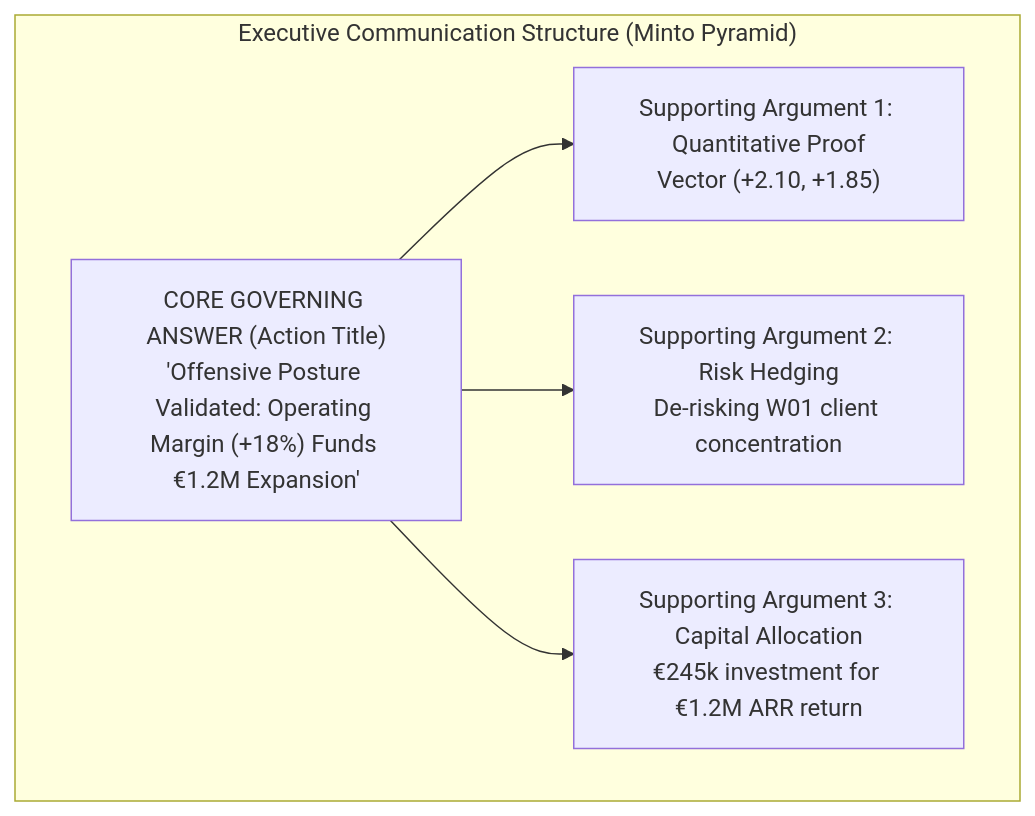
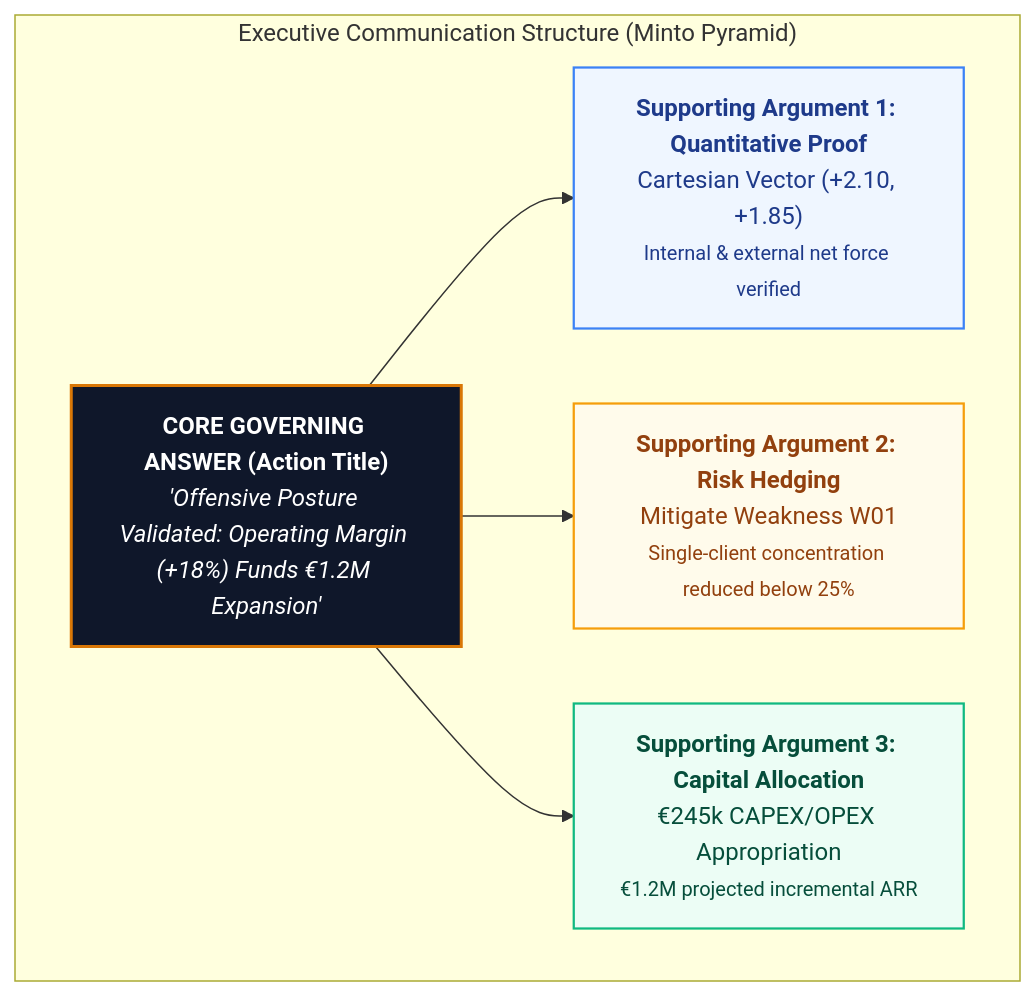
The fourth of 4 diagrams in content/en/posts/quantitative-swot-tows-matrix/index.md (Dalaez/datalaria-website), drawn with Mermaid before and after one commit. The commit also changed other lines of this file and 32 other files, not shown here.

````diff
--- a/content/en/posts/quantitative-swot-tows-matrix/index.md
+++ b/content/en/posts/quantitative-swot-tows-matrix/index.md
@@ -321,12 +366,17 @@
-```mermaid
+{{< mermaid >}}
 flowchart TD
     subgraph MINTO["Executive Communication Structure (Minto Pyramid)"]
-        R["CORE GOVERNING ANSWER (Action Title)<br/>'Offensive Posture Validated: Operating Margin (+18%) Funds €1.2M Expansion'"]
-        A1["Supporting Argument 1: Quantitative Proof<br/>Vector (+2.10, +1.85)"]
-        A2["Supporting Argument 2: Risk Hedging<br/>De-risking W01 client concentration"]
-        A3["Supporting Argument 3: Capital Allocation<br/>€245k investment for €1.2M ARR return"]
+        R["<b>CORE GOVERNING ANSWER (Action Title)</b><br/><i>'Offensive Posture Validated: Operating Margin (+18%) Funds €1.2M Expansion'</i>"]
+        A1["<b>Supporting Argument 1: Quantitative Proof</b><br/>Cartesian Vector (+2.10, +1.85)<br/><small>Internal & external net force verified</small>"]
+        A2["<b>Supporting Argument 2: Risk Hedging</b><br/>Mitigate Weakness W01<br/><small>Single-client concentration reduced below 25%</small>"]
+        A3["<b>Supporting Argument 3: Capital Allocation</b><br/>€245k CAPEX/OPEX Appropriation<br/><small>€1.2M projected incremental ARR</small>"]
         R --> A1
         R --> A2
         R --> A3
     end
-```
+
+    style R fill:#0F172A,stroke:#D97706,stroke-width:2px,color:#FFFFFF
+    style A1 fill:#EFF6FF,stroke:#3B82F6,stroke-width:1.5px,color:#1E3A8A
+    style A2 fill:#FFFBEB,stroke:#F59E0B,stroke-width:1.5px,color:#92400E
+    style A3 fill:#ECFDF5,stroke:#10B981,stroke-width:1.5px,color:#064E3B
+{{< /mermaid >}}
````
